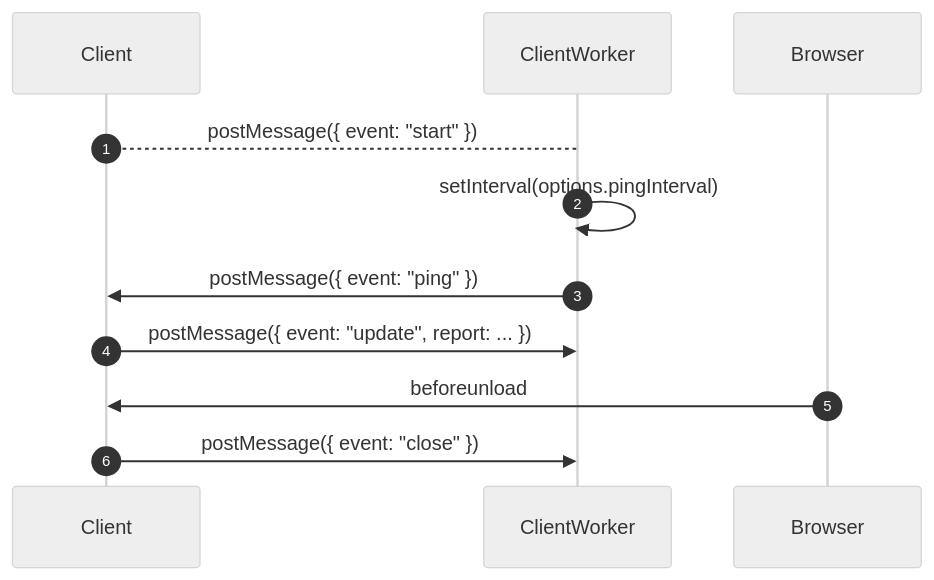
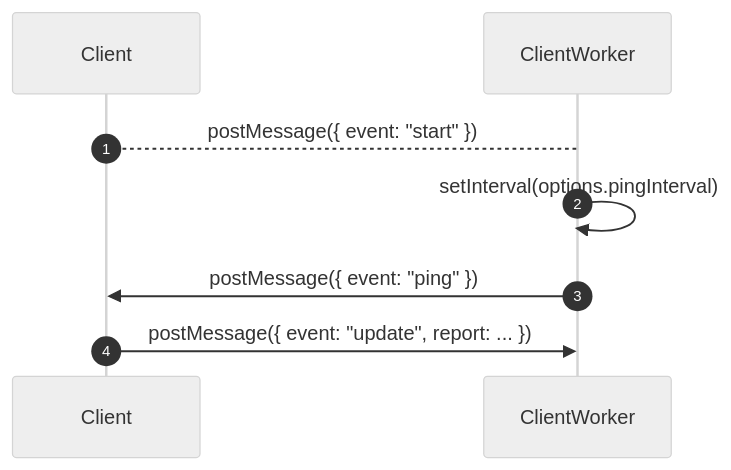
Before and after one commit to ifrost/crashme: the second of 6 diagrams in public/lib/README.md, drawn with Mermaid (neutral theme). The commit also changed other lines of this file and 1 other file, not shown here.

````diff
--- a/public/lib/README.md
+++ b/public/lib/README.md
@@ -25,10 +31,8 @@
 ```mermaid
 sequenceDiagram
     autonumber
     Client-->ClientWorker: postMessage({ event: "start" });
     ClientWorker->>ClientWorker: setInterval(options.pingInterval)
     ClientWorker->>Client: postMessage({ event: "ping" });
     Client->>ClientWorker: postMessage({ event: "update", report: ... });
-    Browser->>Client: beforeunload
-    Client->>ClientWorker: postMessage({ event: "close" });
 ```
````
